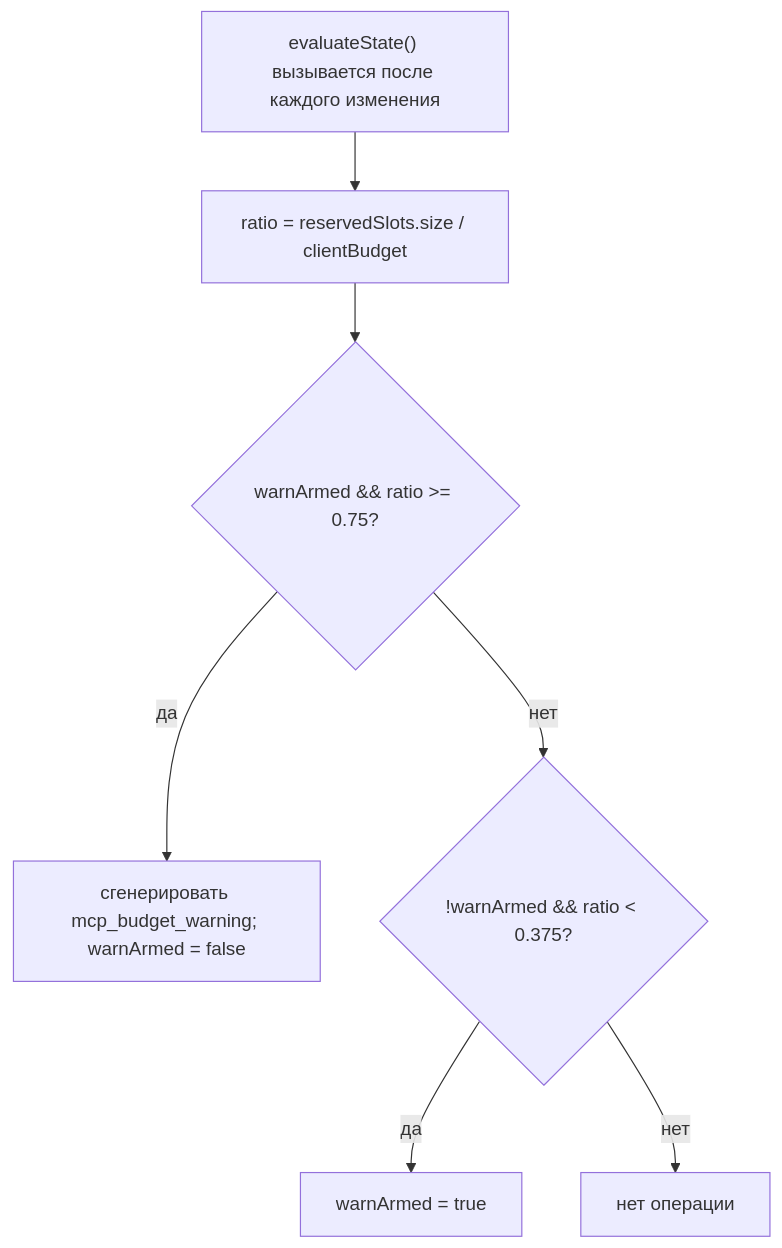
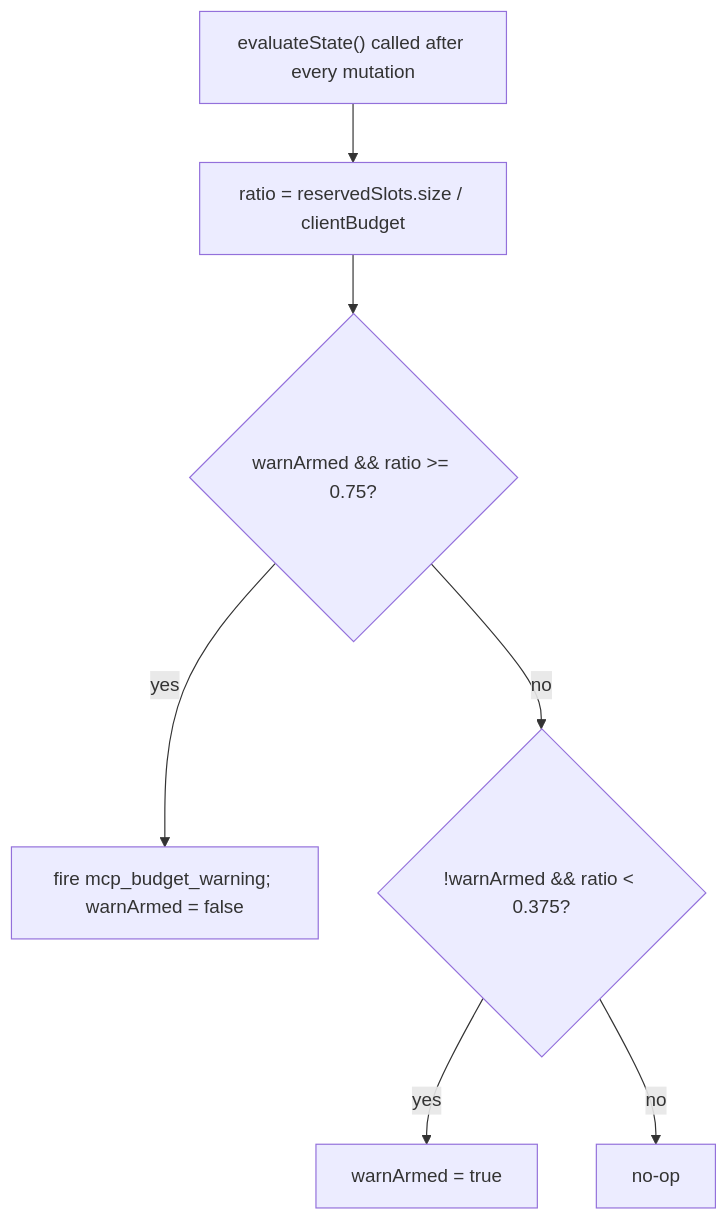
Before and after one commit to QwenLM/qwen-code-docs: the second of 3 diagrams in website/content/ru/developers/daemon/06-mcp-budget-guardrails.md, drawn with Mermaid. The commit also changed other lines of this file and 1077 other files, not shown here.

````diff
--- a/website/content/ru/developers/daemon/06-mcp-budget-guardrails.md
+++ b/website/content/ru/developers/daemon/06-mcp-budget-guardrails.md
@@ -74,9 +74,9 @@
 ```mermaid
 flowchart TD
-    EV["evaluateState() вызывается после каждого изменения"] --> R["ratio = reservedSlots.size / clientBudget"]
+    EV["evaluateState() called after every mutation"] --> R["ratio = reservedSlots.size / clientBudget"]
     R --> U{"warnArmed && ratio >= 0.75?"}
-    U -->|да| FIRE["сгенерировать mcp_budget_warning; warnArmed = false"]
-    U -->|нет| D{"!warnArmed && ratio < 0.375?"}
-    D -->|да| ARM["warnArmed = true"]
-    D -->|нет| NOOP["нет операции"]
+    U -->|yes| FIRE["fire mcp_budget_warning; warnArmed = false"]
+    U -->|no| D{"!warnArmed && ratio < 0.375?"}
+    D -->|yes| ARM["warnArmed = true"]
+    D -->|no| NOOP[no-op]
 ```
````
